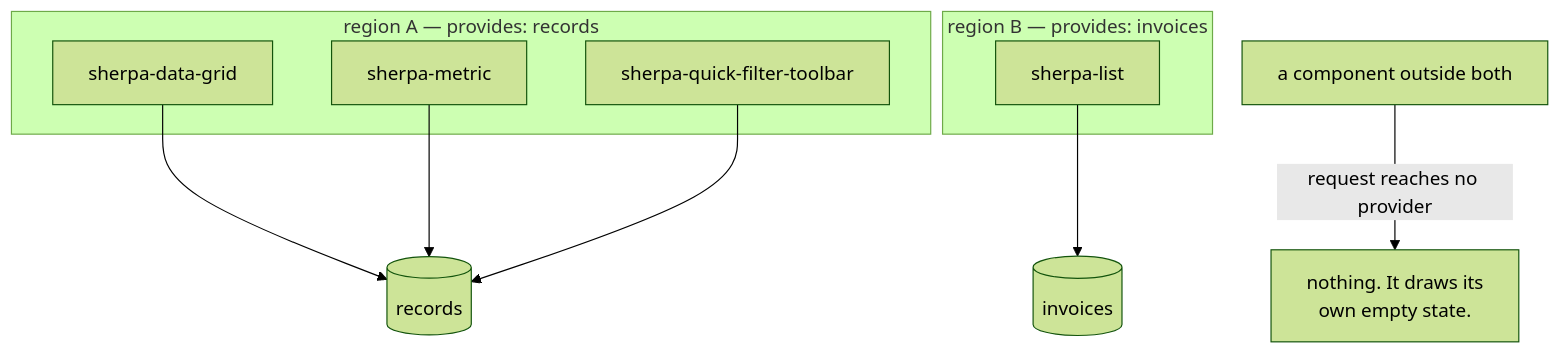
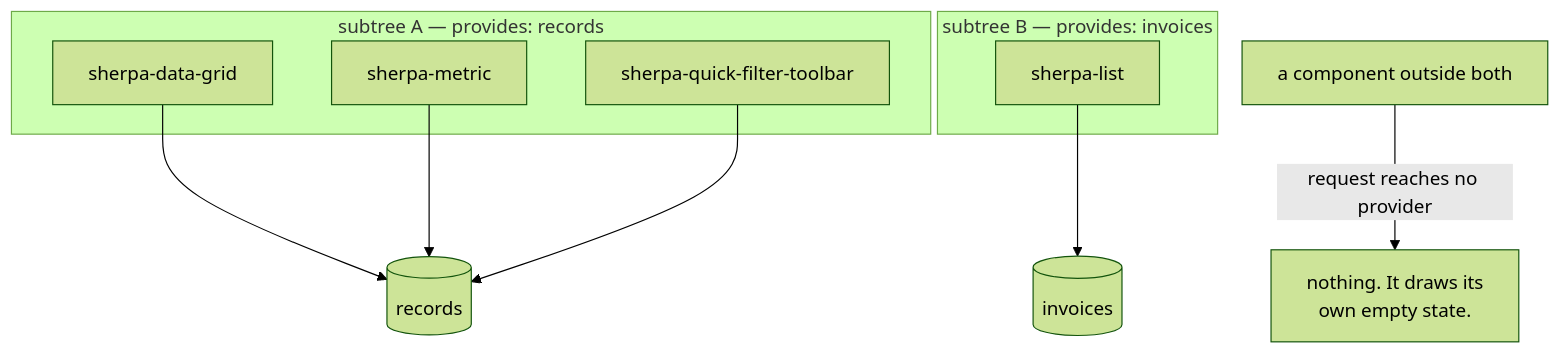
Before and after one commit to Mincher/sherpa-ui: diagram 11 of 11 in docs/FILTER-REVIEW.md, drawn with Mermaid (forest theme). The commit also changed other lines of this file and 6 other files, not shown here.

Commit message:
docs(provider): the part of the page a provider wraps is a SUBTREE, not a region (Will, decision 3)

````diff
--- a/docs/FILTER-REVIEW.md
+++ b/docs/FILTER-REVIEW.md
@@ -1232,18 +1232,18 @@
 ```mermaid
 flowchart TB
-  subgraph R1["region A — provides: records"]
+  subgraph R1["subtree A — provides: records"]
     G["sherpa-data-grid"]
     M["sherpa-metric"]
     B["sherpa-quick-filter-toolbar"]
   end
-  subgraph R2["region B — provides: invoices"]
+  subgraph R2["subtree B — provides: invoices"]
     L["sherpa-list"]
   end
   OUT["a component outside both"]
 
   G --> S1[("records")]
   M --> S1
   B --> S1
   L --> S2[("invoices")]
   OUT -- "request reaches no provider" --> NONE["nothing. It draws its<br/>own empty state."]
 ```
````
